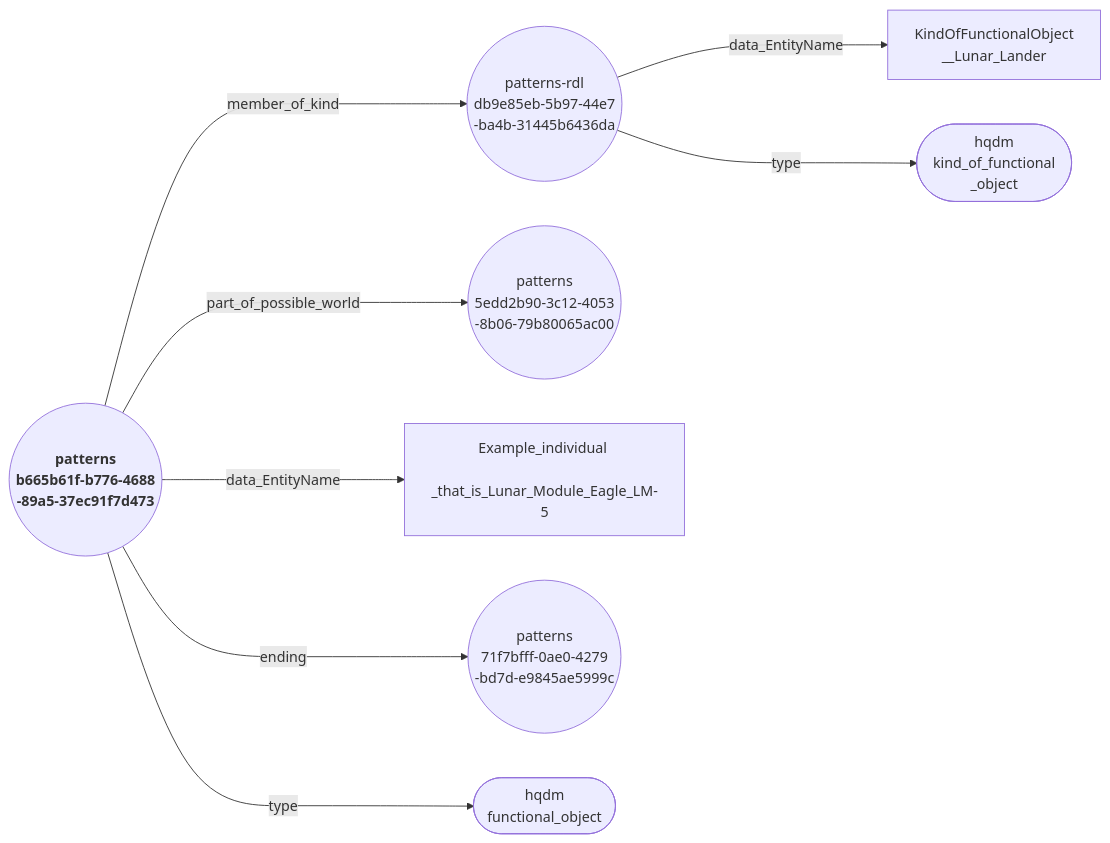
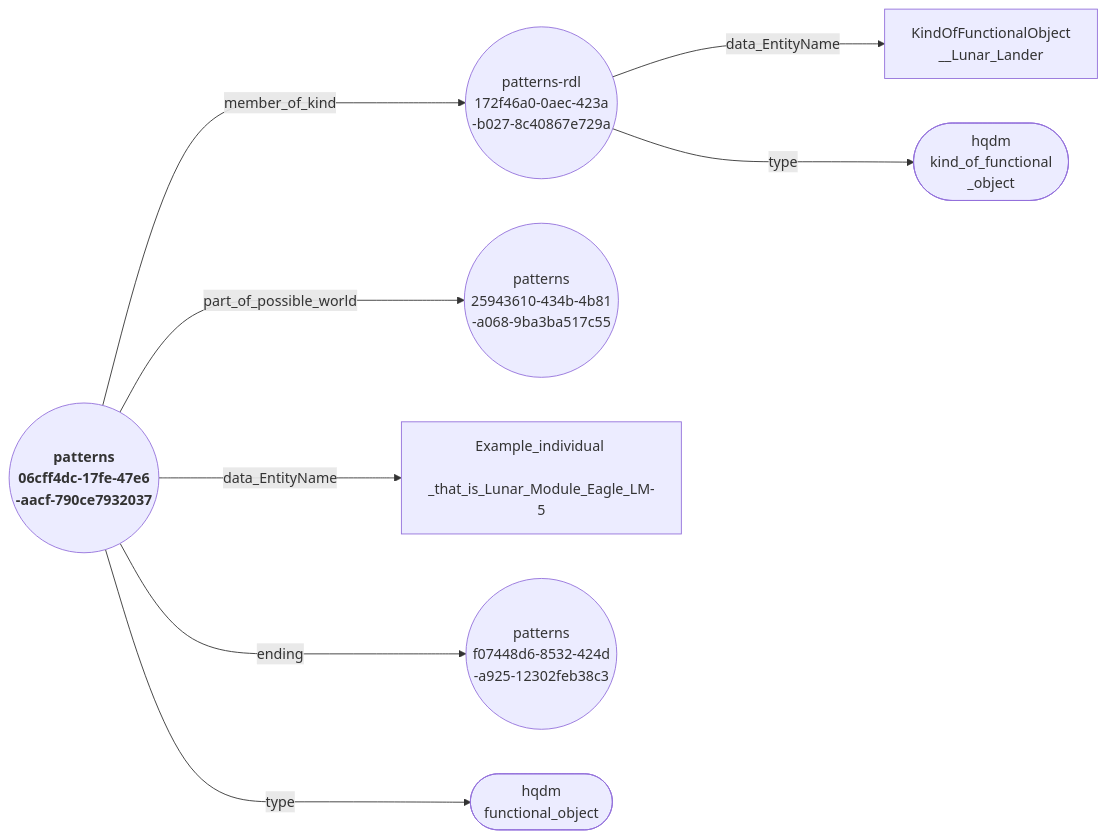
One commit to ClimbingAl/HqdmPatterns changed the diagram in docs/extras/example-files/individualAndKindEagleExampleNodeEdgeGraph.mermaid. Above: the diagram before and after it, drawn with Mermaid. The commit also changed 32 other files, not shown here.

````diff
--- a/docs/extras/example-files/individualAndKindEagleExampleNodeEdgeGraph.mermaid
+++ b/docs/extras/example-files/individualAndKindEagleExampleNodeEdgeGraph.mermaid
@@ -1,10 +1,10 @@
 ``` mermaid
 graph LR
-  b665b61f-b776-4688-89a5-37ec91f7d473(("<b> patterns <br> b665b61f-b776-4688 <br> -89a5-37ec91f7d473"))--->|"member_of_kind"|db9e85eb-5b97-44e7-ba4b-31445b6436da(("patterns-rdl <br> db9e85eb-5b97-44e7 <br> -ba4b-31445b6436da"));
-  b665b61f-b776-4688-89a5-37ec91f7d473(("<b> patterns <br> b665b61f-b776-4688 <br> -89a5-37ec91f7d473"))--->|"part_of_possible_world"|5edd2b90-3c12-4053-8b06-79b80065ac00(("patterns <br> 5edd2b90-3c12-4053 <br> -8b06-79b80065ac00"));
-  b665b61f-b776-4688-89a5-37ec91f7d473(("<b> patterns <br> b665b61f-b776-4688 <br> -89a5-37ec91f7d473"))--->|"data_EntityName"|Example_individual_that_is_Lunar_Module_Eagle_LM-5["Example_individual <br> _that_is_Lunar_Module_Eagle_LM-5"];
-  b665b61f-b776-4688-89a5-37ec91f7d473(("<b> patterns <br> b665b61f-b776-4688 <br> -89a5-37ec91f7d473"))--->|"ending"|71f7bfff-0ae0-4279-bd7d-e9845ae5999c(("patterns <br> 71f7bfff-0ae0-4279 <br> -bd7d-e9845ae5999c"));
-  b665b61f-b776-4688-89a5-37ec91f7d473(("<b> patterns <br> b665b61f-b776-4688 <br> -89a5-37ec91f7d473"))--->|"type"|functional_object(["hqdm <br> functional_object"]);
-  db9e85eb-5b97-44e7-ba4b-31445b6436da(("patterns-rdl <br> db9e85eb-5b97-44e7 <br> -ba4b-31445b6436da"))--->|"data_EntityName"|KindOfFunctionalObject__Lunar_Lander["KindOfFunctionalObject <br> __Lunar_Lander"];
-  db9e85eb-5b97-44e7-ba4b-31445b6436da(("patterns-rdl <br> db9e85eb-5b97-44e7 <br> -ba4b-31445b6436da"))--->|"type"|kind_of_functional_object(["hqdm <br> kind_of_functional <br> _object"]);
+  06cff4dc-17fe-47e6-aacf-790ce7932037(("<b> patterns <br> 06cff4dc-17fe-47e6 <br> -aacf-790ce7932037"))--->|"member_of_kind"|172f46a0-0aec-423a-b027-8c40867e729a(("patterns-rdl <br> 172f46a0-0aec-423a <br> -b027-8c40867e729a"));
+  06cff4dc-17fe-47e6-aacf-790ce7932037(("<b> patterns <br> 06cff4dc-17fe-47e6 <br> -aacf-790ce7932037"))--->|"part_of_possible_world"|25943610-434b-4b81-a068-9ba3ba517c55(("patterns <br> 25943610-434b-4b81 <br> -a068-9ba3ba517c55"));
+  06cff4dc-17fe-47e6-aacf-790ce7932037(("<b> patterns <br> 06cff4dc-17fe-47e6 <br> -aacf-790ce7932037"))--->|"data_EntityName"|Example_individual_that_is_Lunar_Module_Eagle_LM-5["Example_individual <br> _that_is_Lunar_Module_Eagle_LM-5"];
+  06cff4dc-17fe-47e6-aacf-790ce7932037(("<b> patterns <br> 06cff4dc-17fe-47e6 <br> -aacf-790ce7932037"))--->|"ending"|f07448d6-8532-424d-a925-12302feb38c3(("patterns <br> f07448d6-8532-424d <br> -a925-12302feb38c3"));
+  06cff4dc-17fe-47e6-aacf-790ce7932037(("<b> patterns <br> 06cff4dc-17fe-47e6 <br> -aacf-790ce7932037"))--->|"type"|functional_object(["hqdm <br> functional_object"]);
+  172f46a0-0aec-423a-b027-8c40867e729a(("patterns-rdl <br> 172f46a0-0aec-423a <br> -b027-8c40867e729a"))--->|"data_EntityName"|KindOfFunctionalObject__Lunar_Lander["KindOfFunctionalObject <br> __Lunar_Lander"];
+  172f46a0-0aec-423a-b027-8c40867e729a(("patterns-rdl <br> 172f46a0-0aec-423a <br> -b027-8c40867e729a"))--->|"type"|kind_of_functional_object(["hqdm <br> kind_of_functional <br> _object"]);
 ```
````
